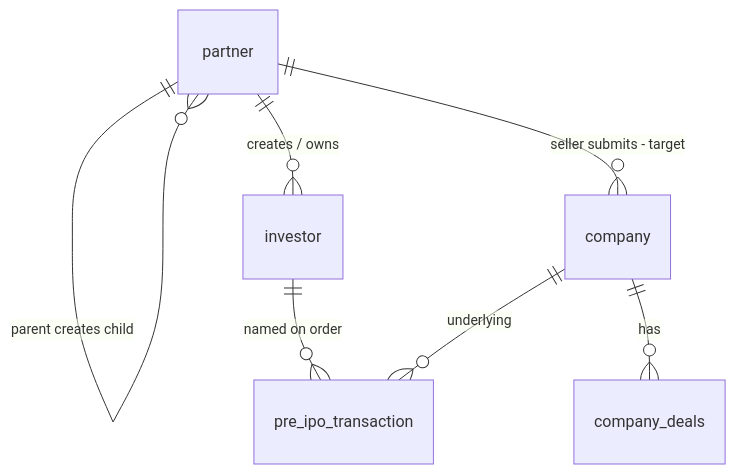
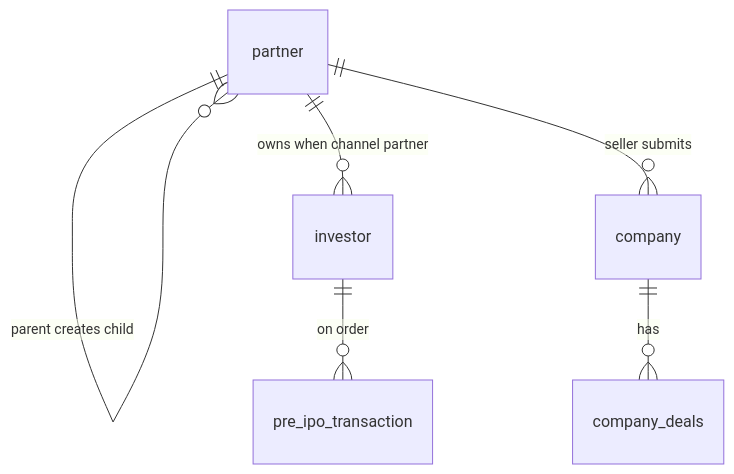
Before and after one commit to kavadevelopers/PrivateDealsBackend: the diagram in docs/new-system/database/partner.md, drawn with Mermaid. The commit also changed other lines of this file and 9 other files, not shown here.

````diff
--- a/docs/new-system/database/partner.md
+++ b/docs/new-system/database/partner.md
@@ -12,9 +10,8 @@
 ```mermaid
 erDiagram
   partner ||--o{ partner : "parent creates child"
-  partner ||--o{ investor : "creates / owns"
-  partner ||--o{ company : "seller submits - target"
-  investor ||--o{ pre_ipo_transaction : "named on order"
-  company ||--o{ pre_ipo_transaction : "underlying"
+  partner ||--o{ investor : "owns when channel partner"
+  partner ||--o{ company : "seller submits"
+  investor ||--o{ pre_ipo_transaction : "on order"
   company ||--o{ company_deals : "has"
 ```
````
